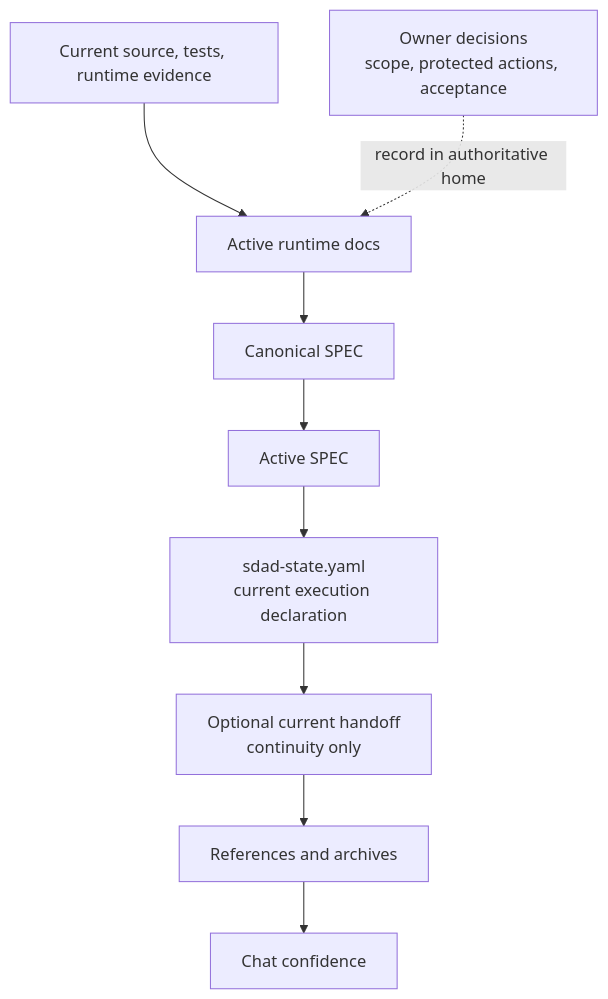
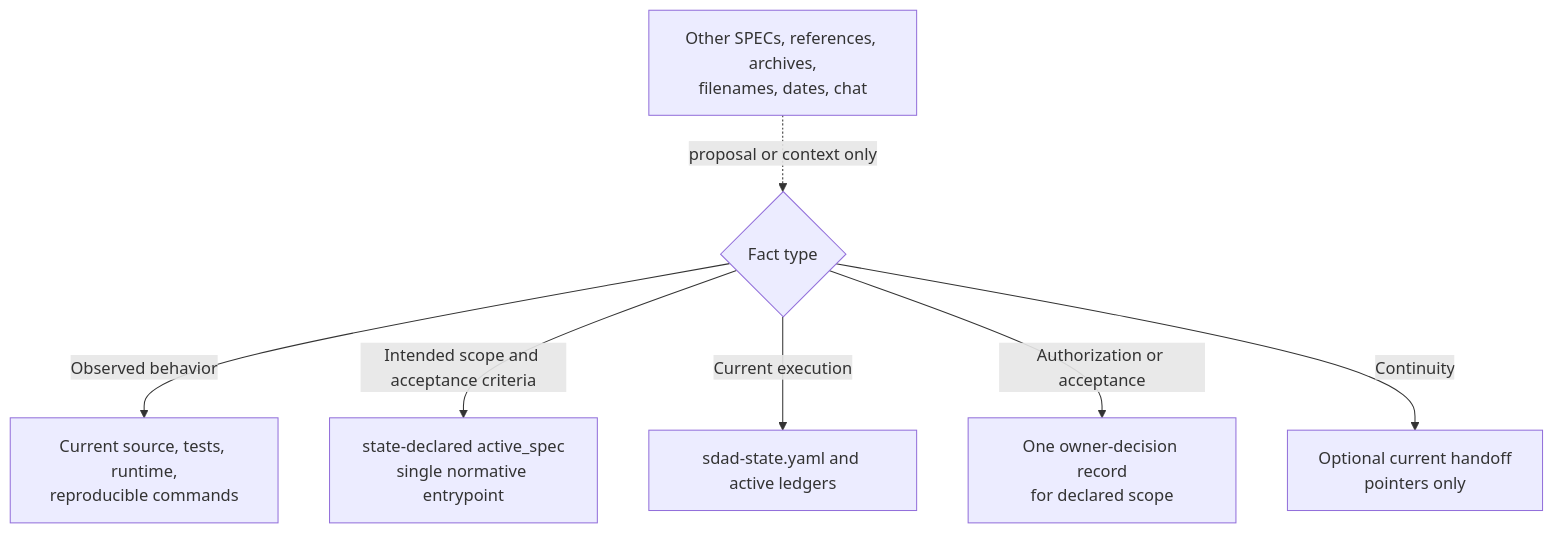
Before and after one commit to LiveTrack-X/spec-driven-ai-development: the third of 7 diagrams in docs/diagrams.md, drawn with Mermaid. The commit also changed other lines of this file and 57 other files, not shown here.

````diff
--- a/docs/diagrams.md
+++ b/docs/diagrams.md
@@ -42,11 +42,10 @@
 ```mermaid
 flowchart TD
-    E["Current source, tests, runtime evidence"] --> RD["Active runtime docs"]
-    RD --> CS["Canonical SPEC"]
-    CS --> AS["Active SPEC"]
-    AS --> ST["sdad-state.yaml\ncurrent execution declaration"]
-    ST --> CH["Optional current handoff\ncontinuity only"]
-    CH --> REF["References and archives"]
-    REF --> CHAT["Chat confidence"]
-    OD["Owner decisions\nscope, protected actions, acceptance"] -. "record in authoritative home" .-> RD
+    F{"Fact type"}
+    F -->|"Observed behavior"| E["Current source, tests, runtime,\nreproducible commands"]
+    F -->|"Intended scope and acceptance criteria"| AS["state-declared active_spec\nsingle normative entrypoint"]
+    F -->|"Current execution"| ST["sdad-state.yaml and active ledgers"]
+    F -->|"Authorization or acceptance"| OD["One owner-decision record\nfor declared scope"]
+    F -->|"Continuity"| CH["Optional current handoff\npointers only"]
+    P["Other SPECs, references, archives,\nfilenames, dates, chat"] -. "proposal or context only" .-> F
 ```
````
